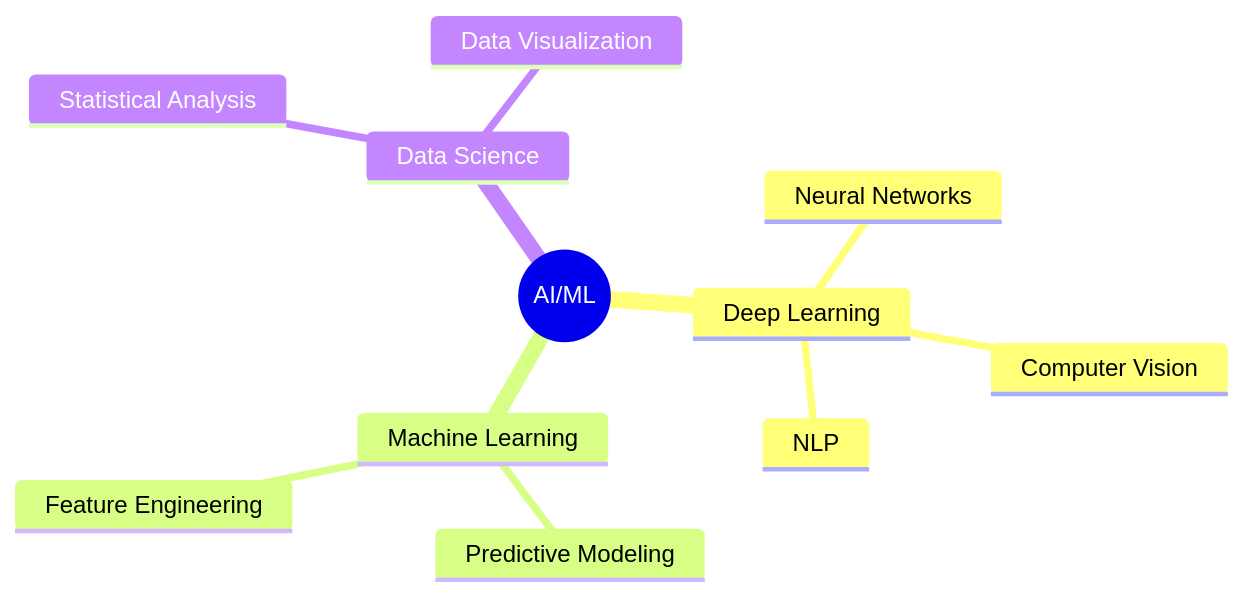
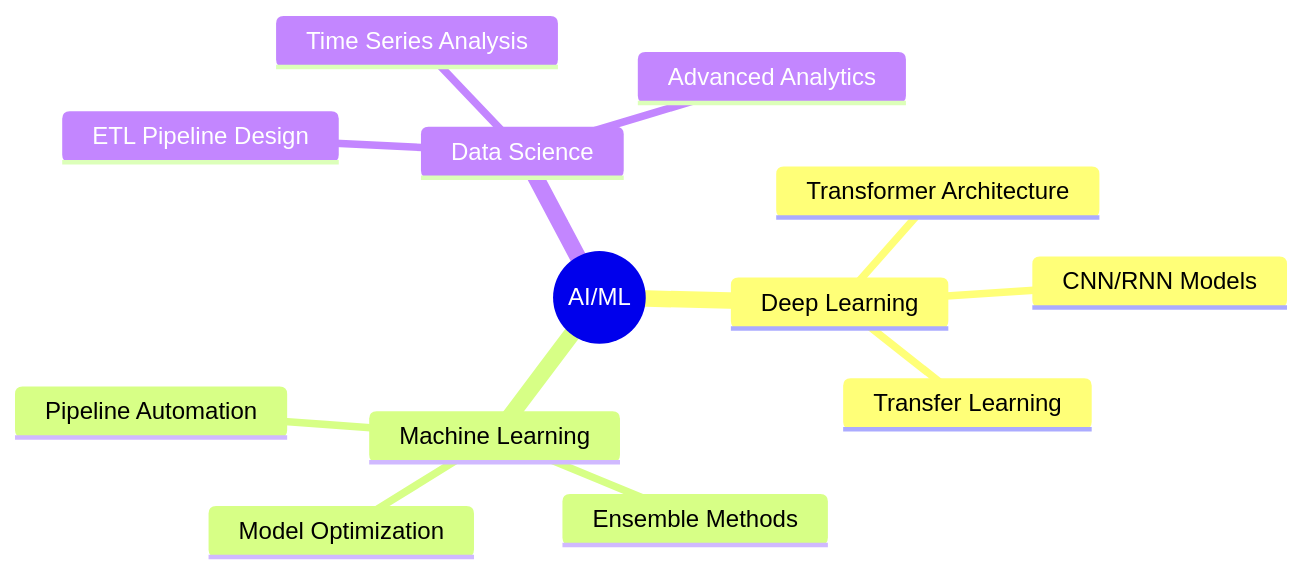
Before and after one commit to roshan-rs-git/roshan-rs-git: the diagram in README.md, drawn with Mermaid. The commit also changed other lines of this file, not shown here.

````diff
--- a/README.md
+++ b/README.md
@@ -74,14 +59,16 @@
 ```mermaid
 mindmap
   root((AI/ML))
     Deep Learning
-      Neural Networks
-      Computer Vision
-      NLP
+      Transformer Architecture
+      CNN/RNN Models
+      Transfer Learning
     Machine Learning
-      Predictive Modeling
-      Feature Engineering
+      Model Optimization
+      Ensemble Methods
+      Pipeline Automation
     Data Science
-      Statistical Analysis
-      Data Visualization
+      ETL Pipeline Design
+      Time Series Analysis
+      Advanced Analytics
 ```
````
